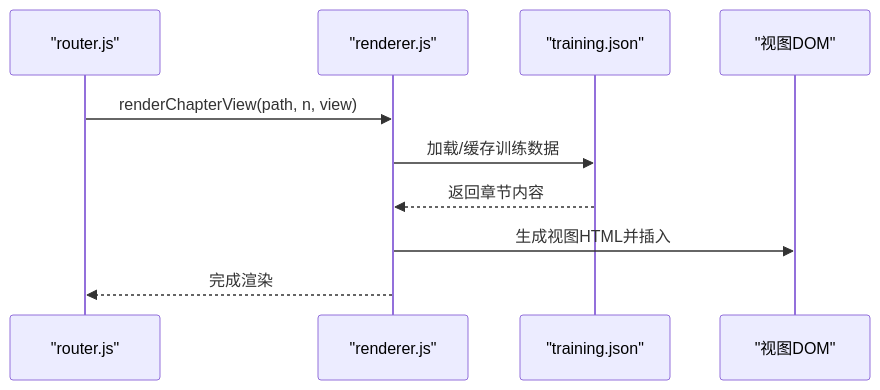
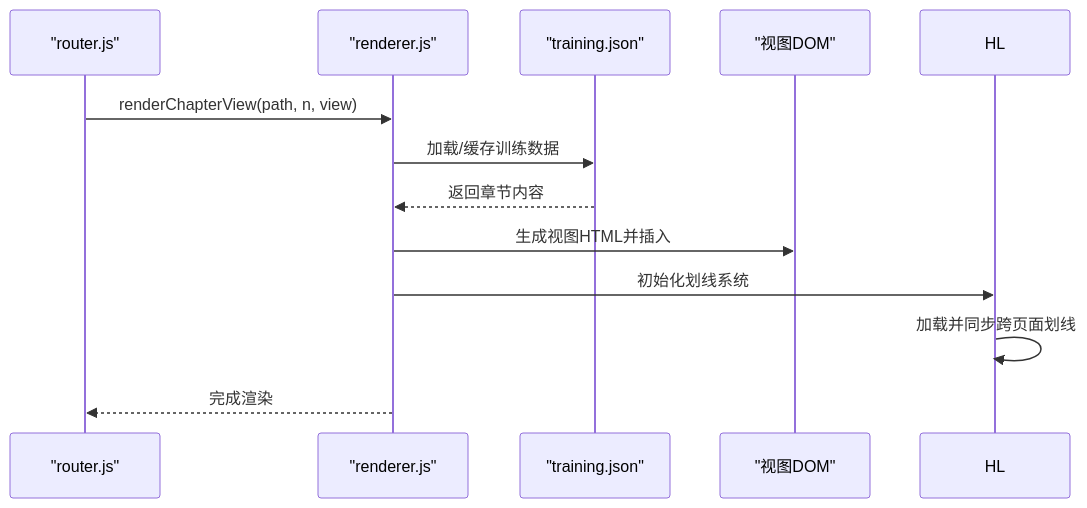
The fourth of 10 diagrams in .qoder/repowiki/zh/content/高级功能/前端功能.md (zhao-zg/cx), drawn with Mermaid before and after one commit. The commit also changed other lines of this file and 48 other files, not shown here.

````diff
--- a/.qoder/repowiki/zh/content/高级功能/前端功能.md
+++ b/.qoder/repowiki/zh/content/高级功能/前端功能.md
@@ -170,12 +187,14 @@
 ```mermaid
 sequenceDiagram
 participant R as "router.js"
 participant RN as "renderer.js"
 participant T as "training.json"
 participant V as "视图DOM"
 R->>RN : renderChapterView(path, n, view)
 RN->>T : 加载/缓存训练数据
 T-->>RN : 返回章节内容
 RN->>V : 生成视图HTML并插入
+RN->>HL : 初始化划线系统
+HL->>HL : 加载并同步跨页面划线
 RN-->>R : 完成渲染
 ```
````
